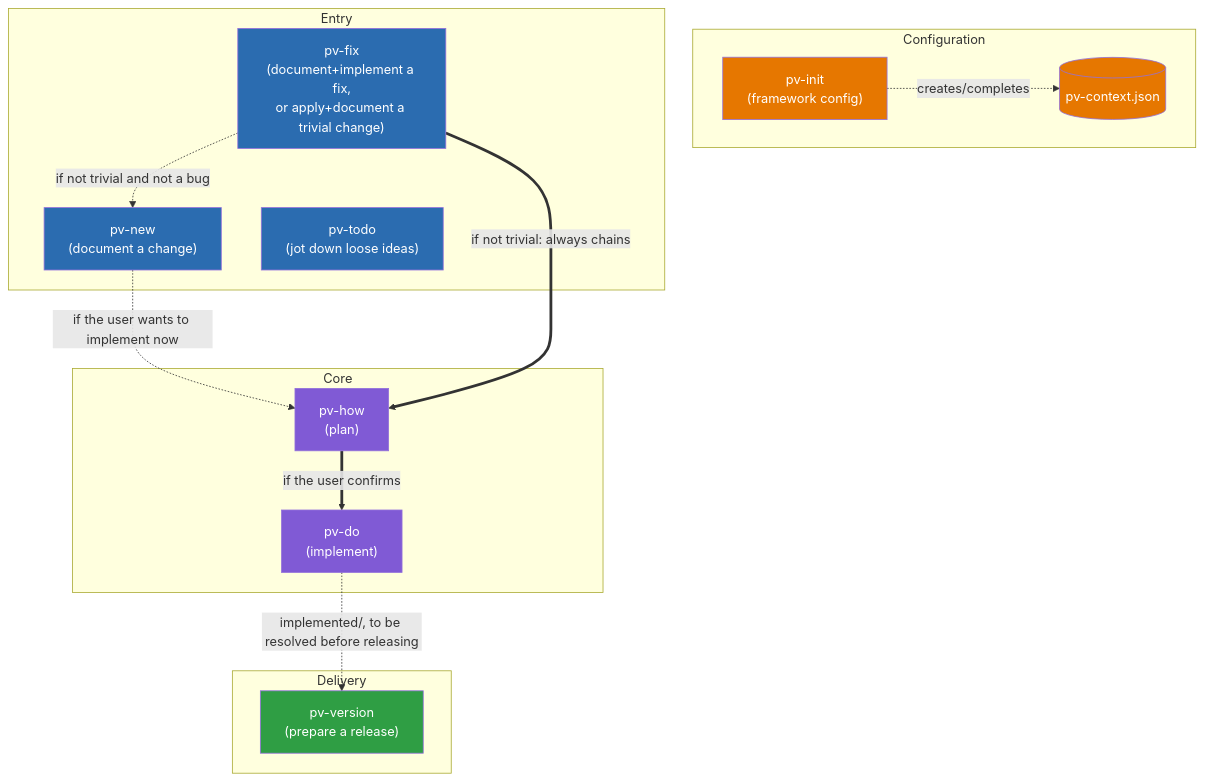
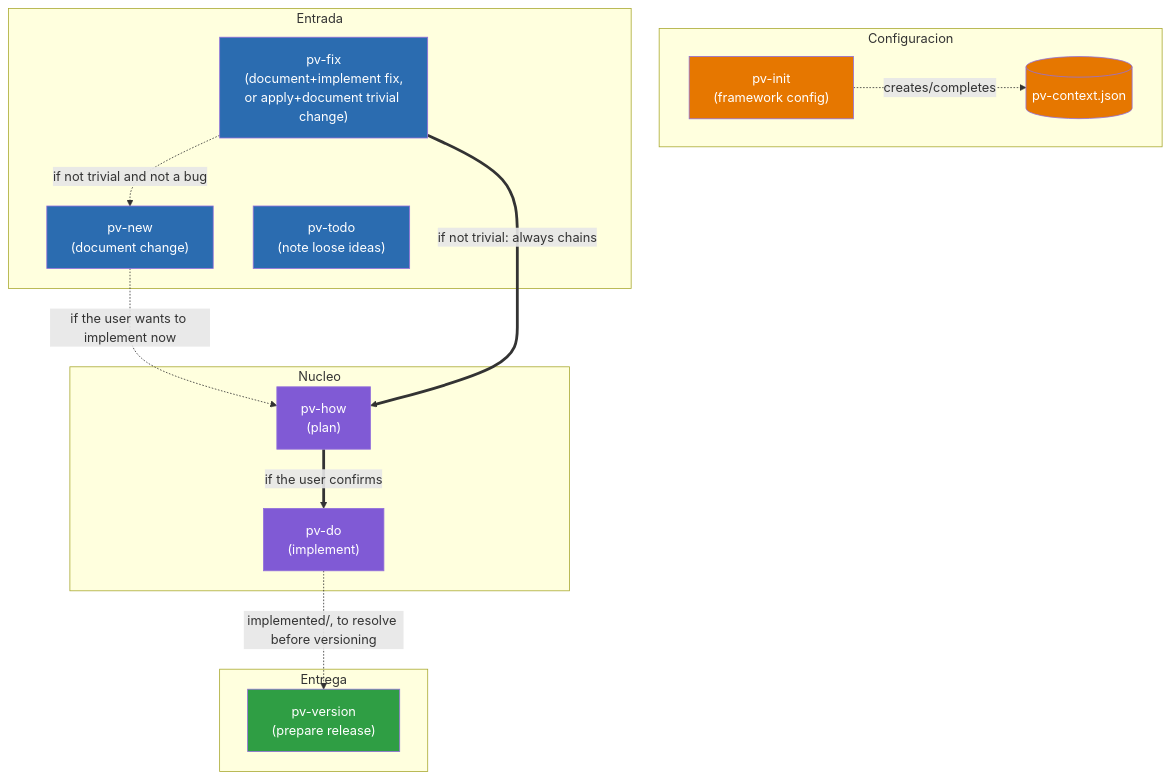
One commit to yeyopepe/previo-sdd changed the first of 3 diagrams in .claude/pv-doc/pv-design/pv-design.en.md. Above: the diagram before and after it, drawn with Mermaid. The commit also changed other lines of this file and 38 other files, not shown here.

````diff
--- a/.claude/pv-doc/pv-design/pv-design.en.md
+++ b/.claude/pv-doc/pv-design/pv-design.en.md
@@ -27,39 +27,39 @@
 ```mermaid
 graph TD
-    subgraph Configuration
+    subgraph Configuracion
         pv_init["pv-init<br/>(framework config)"]
         pv_context[("pv-context.json")]
     end
 
-    subgraph Entry
-        pv_new["pv-new<br/>(document a change)"]
-        pv_fix["pv-fix<br/>(document+implement a fix,<br/>or apply+document a trivial change)"]
-        pv_todo["pv-todo<br/>(jot down loose ideas)"]
+    subgraph Entrada
+        pv_new["pv-new<br/>(document change)"]
+        pv_fix["pv-fix<br/>(document+implement fix,<br/>or apply+document trivial change)"]
+        pv_todo["pv-todo<br/>(note loose ideas)"]
     end
 
-    subgraph Core
+    subgraph Nucleo
         pv_how["pv-how<br/>(plan)"]
         pv_do["pv-do<br/>(implement)"]
     end
 
-    subgraph Delivery
-        pv_version["pv-version<br/>(prepare a release)"]
+    subgraph Entrega
+        pv_version["pv-version<br/>(prepare release)"]
     end
 
     pv_init -.->|creates/completes| pv_context
 
     pv_new -.->|"if the user wants to implement now"| pv_how
     pv_fix ==>|"if not trivial: always chains"| pv_how
     pv_fix -.->|"if not trivial and not a bug"| pv_new
     pv_how ==>|"if the user confirms"| pv_do
-    pv_do -.->|"implemented/, to be resolved before releasing"| pv_version
+    pv_do -.->|"implemented/, to resolve before versioning"| pv_version
 
     classDef entry fill:#2b6cb0,color:#fff
     classDef core fill:#805ad5,color:#fff
     classDef config fill:#e67700,color:#fff
     classDef delivery fill:#2f9e44,color:#fff
     class pv_new,pv_fix,pv_todo entry
     class pv_how,pv_do core
     class pv_init,pv_context config
     class pv_version delivery
 ```
````
